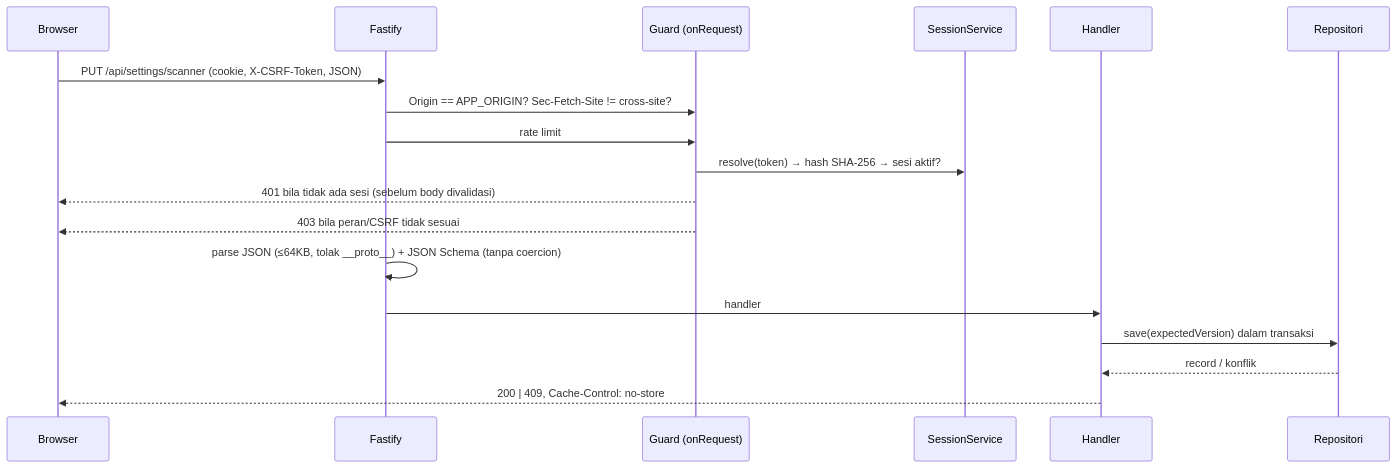
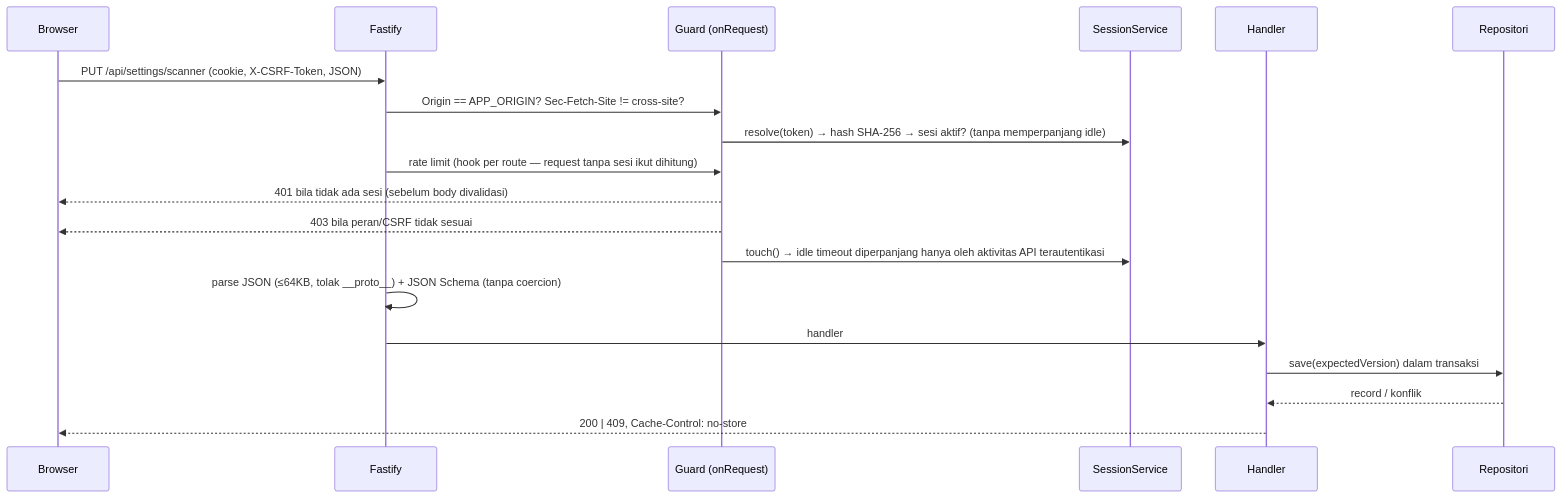
One commit to zainpewpewpew/Caddle changed the third of 3 diagrams in docs/01-arsitektur.md. Above: the diagram before and after it, drawn with Mermaid. The commit also changed other lines of this file and 15 other files, not shown here.

````diff
--- a/docs/01-arsitektur.md
+++ b/docs/01-arsitektur.md
@@ -79,20 +79,21 @@
 ```mermaid
 sequenceDiagram
   participant B as Browser
   participant F as Fastify
   participant G as Guard (onRequest)
   participant S as SessionService
   participant H as Handler
   participant R as Repositori
   B->>F: PUT /api/settings/scanner (cookie, X-CSRF-Token, JSON)
   F->>G: Origin == APP_ORIGIN? Sec-Fetch-Site != cross-site?
-  F->>G: rate limit
-  G->>S: resolve(token) → hash SHA-256 → sesi aktif?
+  G->>S: resolve(token) → hash SHA-256 → sesi aktif? (tanpa memperpanjang idle)
+  F->>G: rate limit (hook per route — request tanpa sesi ikut dihitung)
   G-->>B: 401 bila tidak ada sesi (sebelum body divalidasi)
   G-->>B: 403 bila peran/CSRF tidak sesuai
+  G->>S: touch() → idle timeout diperpanjang hanya oleh aktivitas API terautentikasi
   F->>F: parse JSON (≤64KB, tolak __proto__) + JSON Schema (tanpa coercion)
   F->>H: handler
   H->>R: save(expectedVersion) dalam transaksi
   R-->>H: record / konflik
   H-->>B: 200 | 409, Cache-Control: no-store
 ```
````
